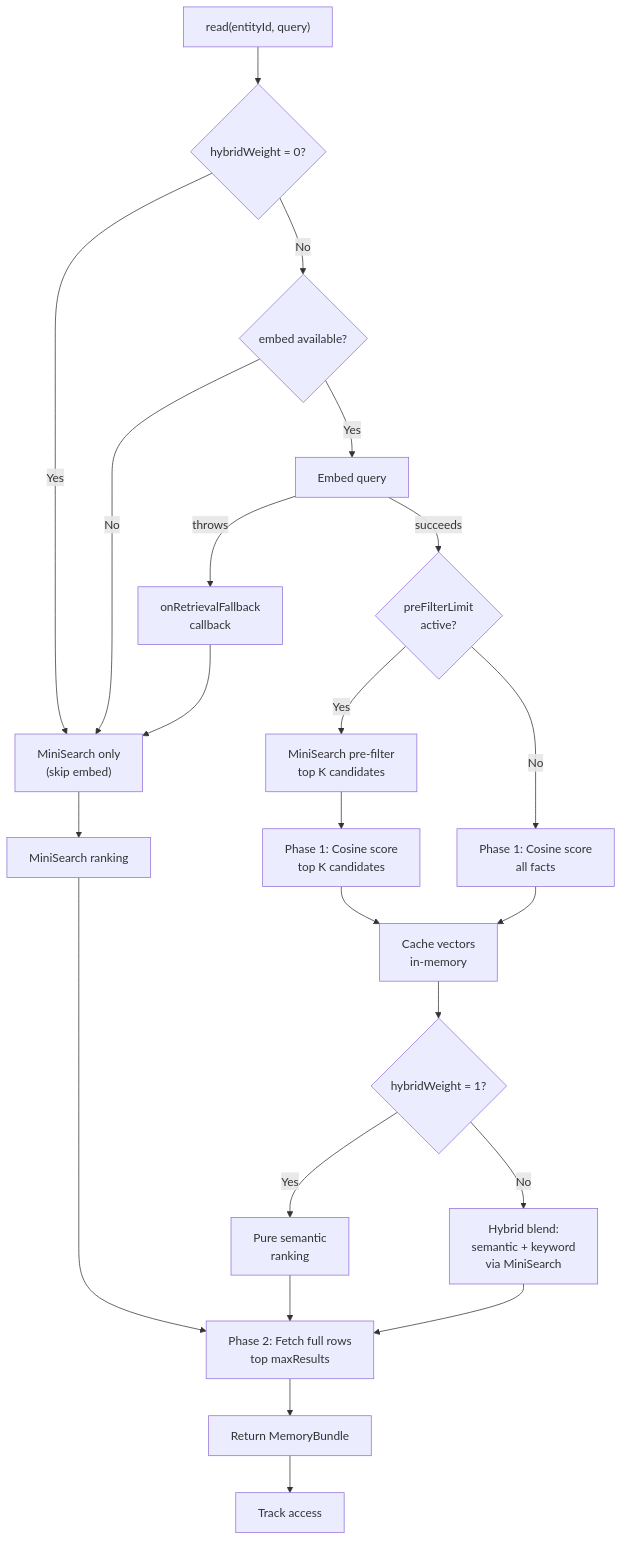
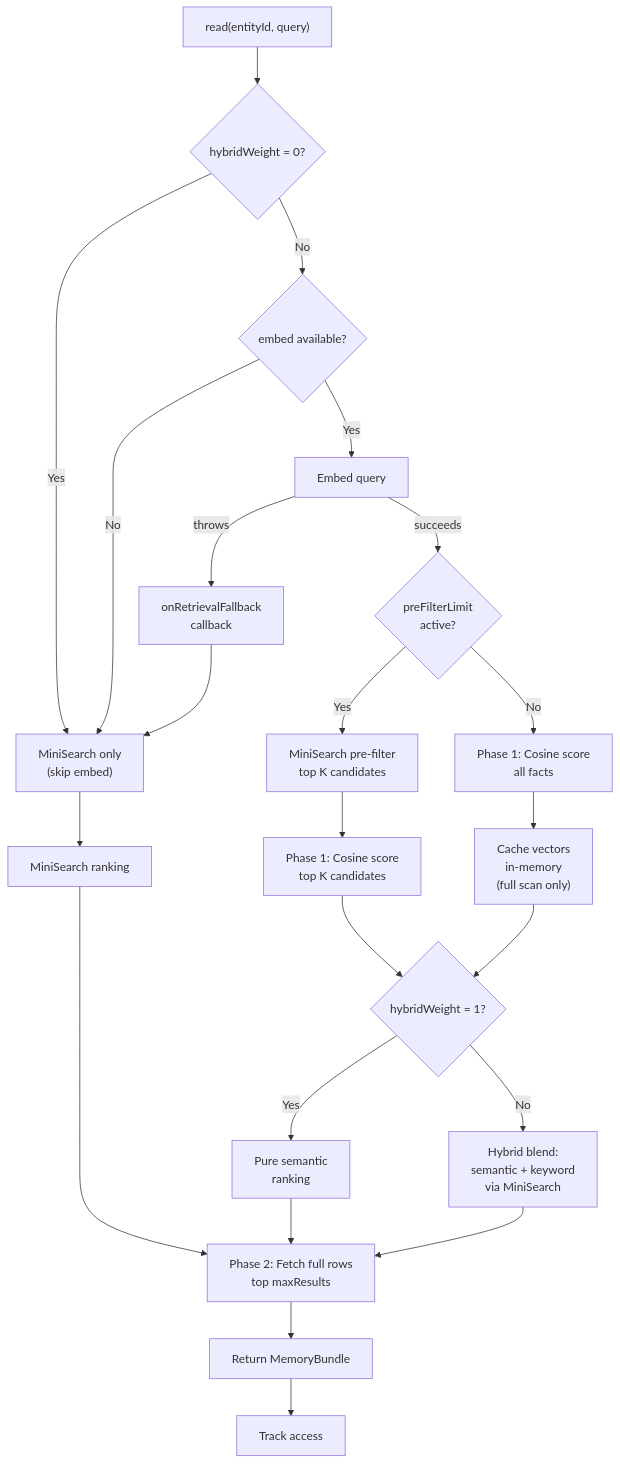
Before and after one commit to equationalapplications/expo-llm-wiki: the second of 2 diagrams in packages/react/README.md, drawn with Mermaid. The commit also changed other lines of this file and 2 other files, not shown here.

First line of the commit message:
fix: runReembed invalidates cache before loop, per-entity cache cap, no-refetch test, README flowchart/doc fixes

````diff
--- a/packages/react/README.md
+++ b/packages/react/README.md
@@ -326,25 +330,25 @@
 ```mermaid
 flowchart TD
     A["read(entityId, query)"] --> B{hybridWeight = 0?}
     B -->|Yes| C["MiniSearch only<br/>(skip embed)"]
     B -->|No| D{embed available?}
     D -->|No| C
     D -->|Yes| F["Embed query"]
     F -->|throws| E["onRetrievalFallback<br/>callback"]
     E --> C
     F -->|succeeds| G{preFilterLimit<br/>active?}
     G -->|Yes| H["MiniSearch pre-filter<br/>top K candidates"]
     H --> I["Phase 1: Cosine score<br/>top K candidates"]
     G -->|No| J["Phase 1: Cosine score<br/>all facts"]
-    I --> K["Cache vectors<br/>in-memory"]
-    J --> K
+    J --> K["Cache vectors<br/>in-memory<br/>(full scan only)"]
     K --> L{hybridWeight = 1?}
+    I --> L
     L -->|Yes| M["Pure semantic<br/>ranking"]
     L -->|No| N["Hybrid blend:<br/>semantic + keyword<br/>via MiniSearch"]
     M --> O["Phase 2: Fetch full rows<br/>top maxResults"]
     N --> O
     C --> P["MiniSearch ranking"]
     P --> O
     O --> Q["Return MemoryBundle"]
     Q --> R["Track access"]
 ```
````
